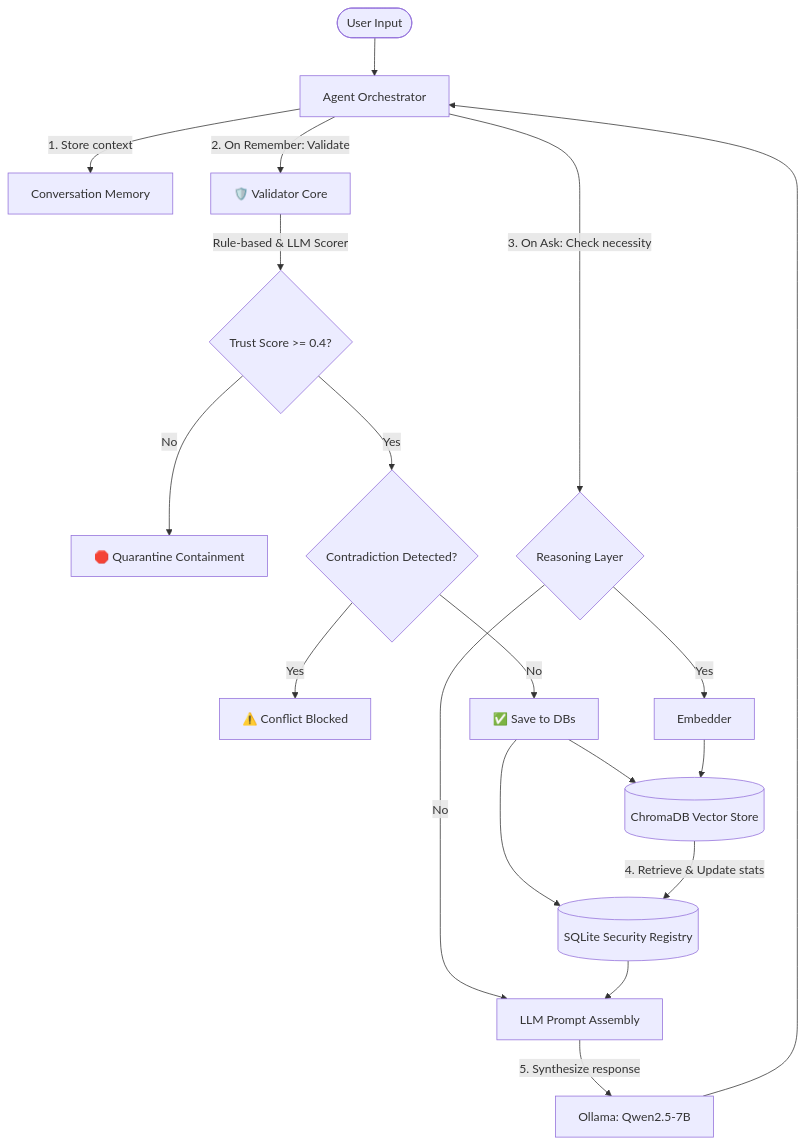
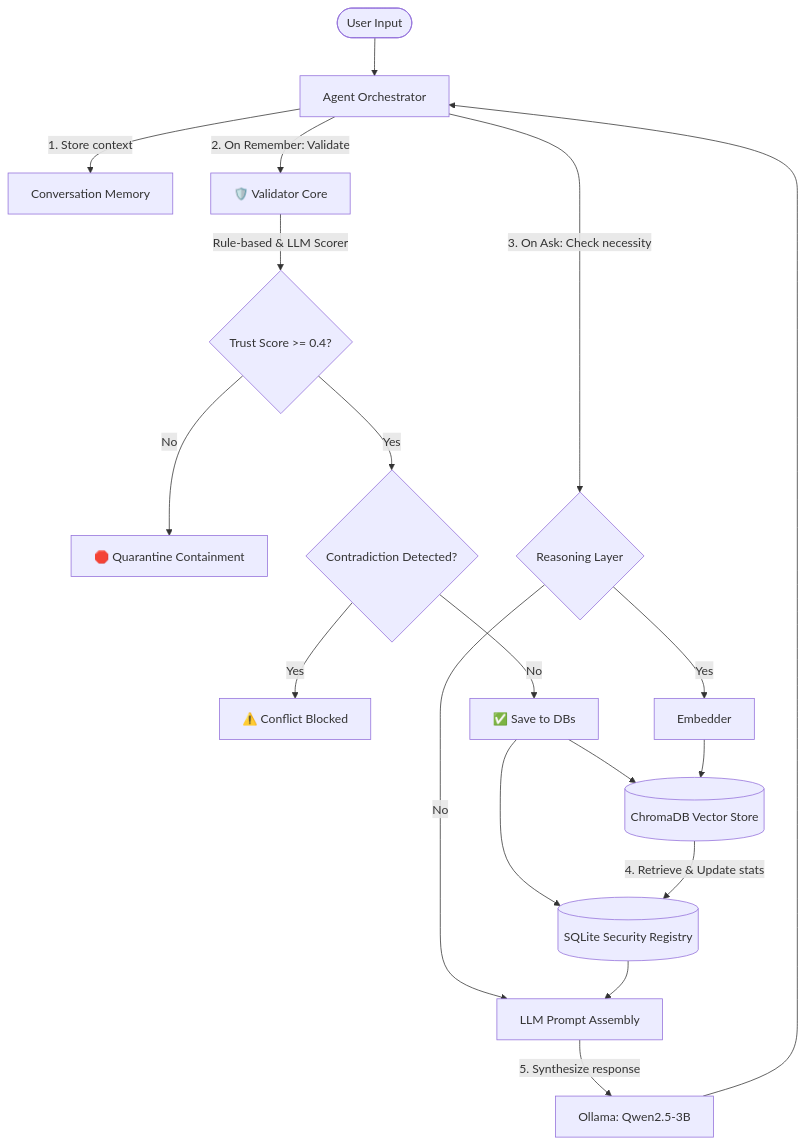
One commit to VedzKun/DigiFortress changed the diagram in README.md. Above: the diagram before and after it, drawn with Mermaid. The commit also changed other lines of this file and 15 other files, not shown here.

````diff
--- a/README.md
+++ b/README.md
@@ -11,29 +11,29 @@
 ```mermaid
 flowchart TD
     User([User Input]) --> Agent[Agent Orchestrator]
     
     %% Short-term memory
     Agent -->|1. Store context| Conv[Conversation Memory]
     
     %% Security validation pipeline on Remember
     Agent -->|2. On Remember: Validate| Security[🛡️ Validator Core]
     Security -->|Rule-based & LLM Scorer| Trust{Trust Score >= 0.4?}
     Trust -->|No| Quarantine[🛑 Quarantine Containment]
     Trust -->|Yes| Conflict{Contradiction Detected?}
     Conflict -->|Yes| Block[⚠️ Conflict Blocked]
     Conflict -->|No| Accept[✅ Save to DBs]
     
     %% Database registry
     Accept --> Chroma[(ChromaDB Vector Store)]
     Accept --> SQL[(SQLite Security Registry)]
     
     %% Query pipeline on Ask
     Agent -->|3. On Ask: Check necessity| Reasoning{Reasoning Layer}
     Reasoning -->|No| Prompt[LLM Prompt Assembly]
     Reasoning -->|Yes| Embed[Embedder]
     Embed --> Chroma
     Chroma -->|4. Retrieve & Update stats| SQL
     SQL --> Prompt
-    Prompt -->|5. Synthesize response| LLM[Ollama: Qwen2.5-7B]
+    Prompt -->|5. Synthesize response| LLM[Ollama: Qwen2.5-3B]
     LLM --> Agent
 ```
````
